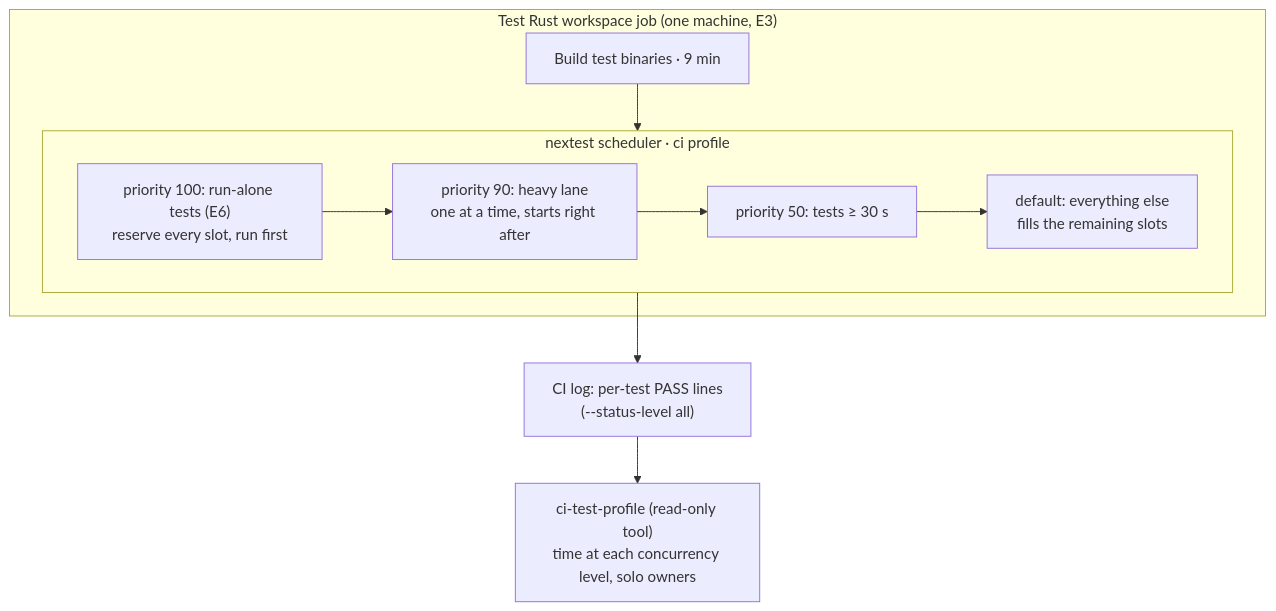
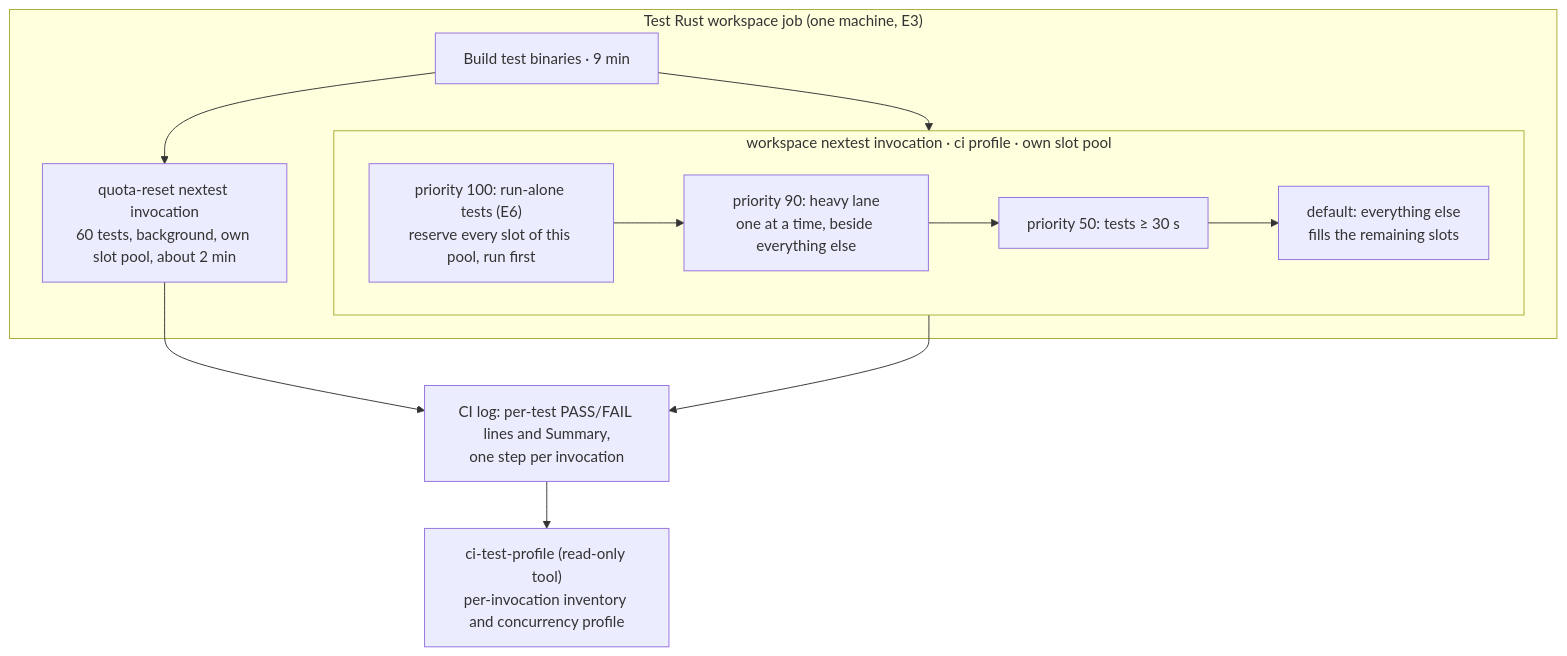
One commit to agent-collaboration/agent-collaboration changed the diagram in docs/specs/2026-11-04-ci-30-minutes/program-design.md. Above: the diagram before and after it, drawn with Mermaid. The commit also changed other lines of this file and 3 other files, not shown here.

Commit message:
Design: correct CI-to-30 design per review F1–F6 (elapsed ≠ CPU, per-invocation pools, causal seam, same-revision and per-selector oracles, delayed-start counterfactual)

````diff
--- a/docs/specs/2026-11-04-ci-30-minutes/program-design.md
+++ b/docs/specs/2026-11-04-ci-30-minutes/program-design.md
@@ -10,16 +10,18 @@
 ```mermaid
 flowchart TB
   subgraph job["Test Rust workspace job (one machine, E3)"]
-    build["Build test binaries · 9 min"] --> sched
-    subgraph sched["nextest scheduler · ci profile"]
+    build["Build test binaries · 9 min"] --> quota & ws
+    quota["quota-reset nextest invocation<br/>60 tests, background, own slot pool, about 2 min"]
+    subgraph ws["workspace nextest invocation · ci profile · own slot pool"]
       direction LR
-      p100["priority 100: run-alone tests (E6)<br/>reserve every slot, run first"]
-      p90["priority 90: heavy lane<br/>one at a time, starts right after"]
+      p100["priority 100: run-alone tests (E6)<br/>reserve every slot of this pool, run first"]
+      p90["priority 90: heavy lane<br/>one at a time, beside everything else"]
       p50["priority 50: tests ≥ 30 s"]
       p0["default: everything else<br/>fills the remaining slots"]
       p100 --> p90 --> p50 --> p0
     end
   end
-  log["CI log: per-test PASS lines<br/>(--status-level all)"] --> prof["ci-test-profile (read-only tool)<br/>time at each concurrency level, solo owners"]
-  sched --> log
+  ws --> log["CI log: per-test PASS/FAIL lines and Summary,<br/>one step per invocation"]
+  quota --> log
+  log --> prof["ci-test-profile (read-only tool)<br/>per-invocation inventory and concurrency profile"]
 ```
````
